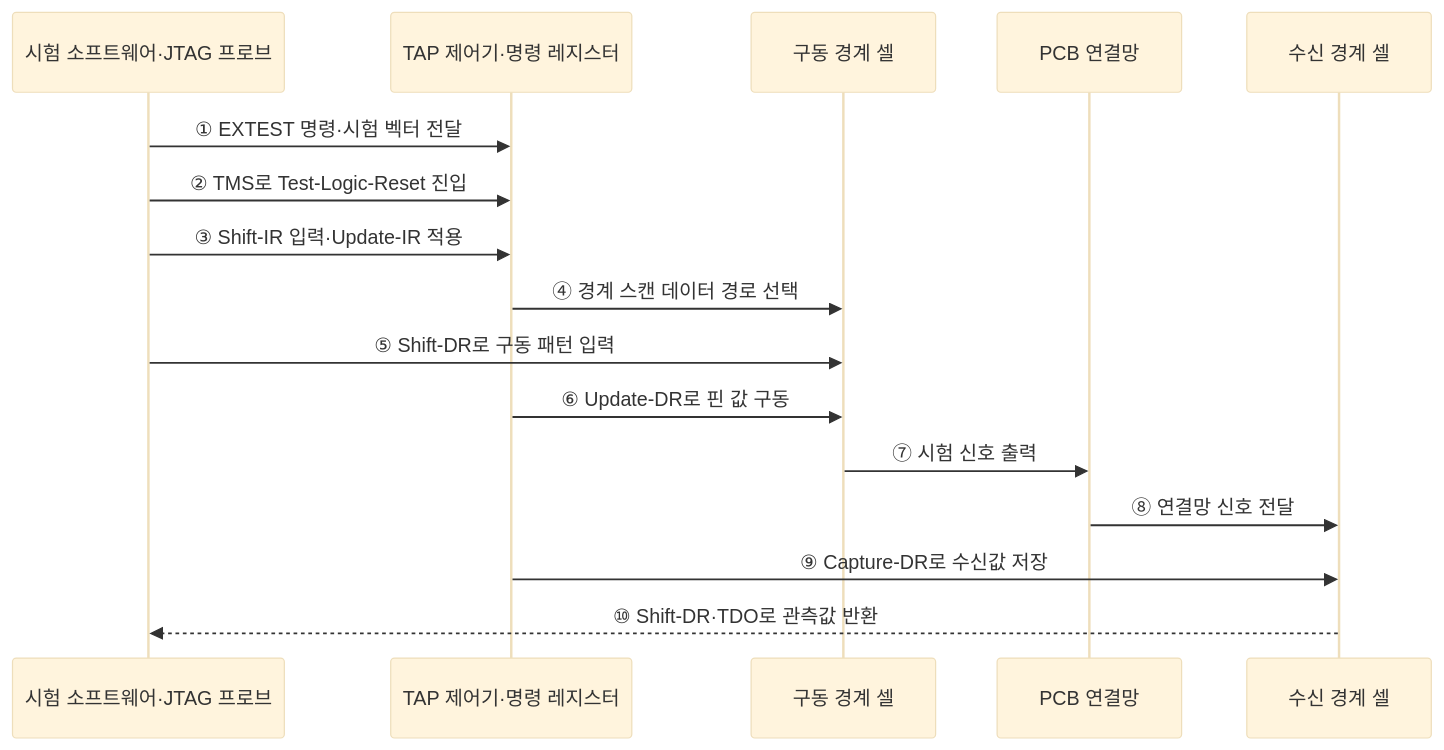
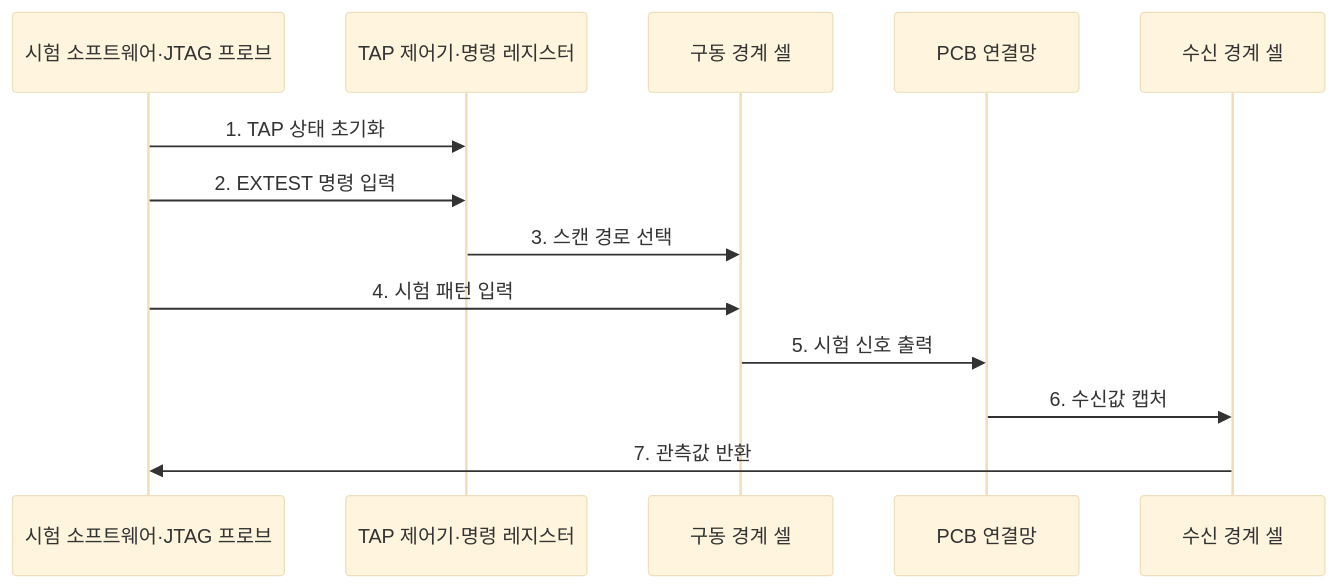
One commit to agnusdei1207/knowledge-base changed the second of 2 diagrams in src/content/docs/notes/02-hardware/065_jtag.md. Above: the diagram before and after it, drawn with Mermaid (base theme). The commit also changed other lines of this file and 20 other files, not shown here.

````diff
--- a/src/content/docs/notes/02-hardware/065_jtag.md
+++ b/src/content/docs/notes/02-hardware/065_jtag.md
@@ -79,19 +83,16 @@
 ```mermaid
 sequenceDiagram
     participant H as 시험 소프트웨어·JTAG 프로브
     participant T as TAP 제어기·명령 레지스터
     participant B1 as 구동 경계 셀
     participant N as PCB 연결망
     participant B2 as 수신 경계 셀
 
-    H->>T: ① EXTEST 명령·시험 벡터 전달
-    H->>T: ② TMS로 Test-Logic-Reset 진입
-    H->>T: ③ Shift-IR 입력·Update-IR 적용
-    T->>B1: ④ 경계 스캔 데이터 경로 선택
-    H->>B1: ⑤ Shift-DR로 구동 패턴 입력
-    T->>B1: ⑥ Update-DR로 핀 값 구동
-    B1->>N: ⑦ 시험 신호 출력
-    N->>B2: ⑧ 연결망 신호 전달
-    T->>B2: ⑨ Capture-DR로 수신값 저장
-    B2-->>H: ⑩ Shift-DR·TDO로 관측값 반환
+    H->>T: 1. TAP 상태 초기화
+    H->>T: 2. EXTEST 명령 입력
+    T->>B1: 3. 스캔 경로 선택
+    H->>B1: 4. 시험 패턴 입력
+    B1->>N: 5. 시험 신호 출력
+    N->>B2: 6. 수신값 캡처
+    B2->>H: 7. 관측값 반환
 ```
````
